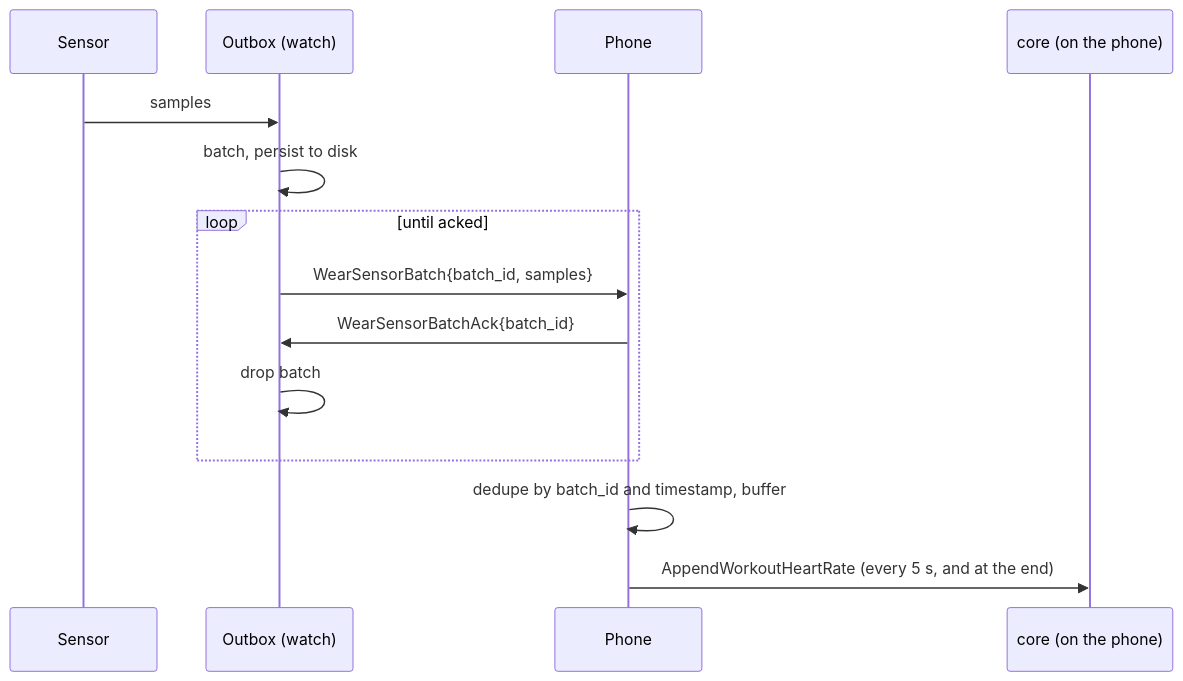
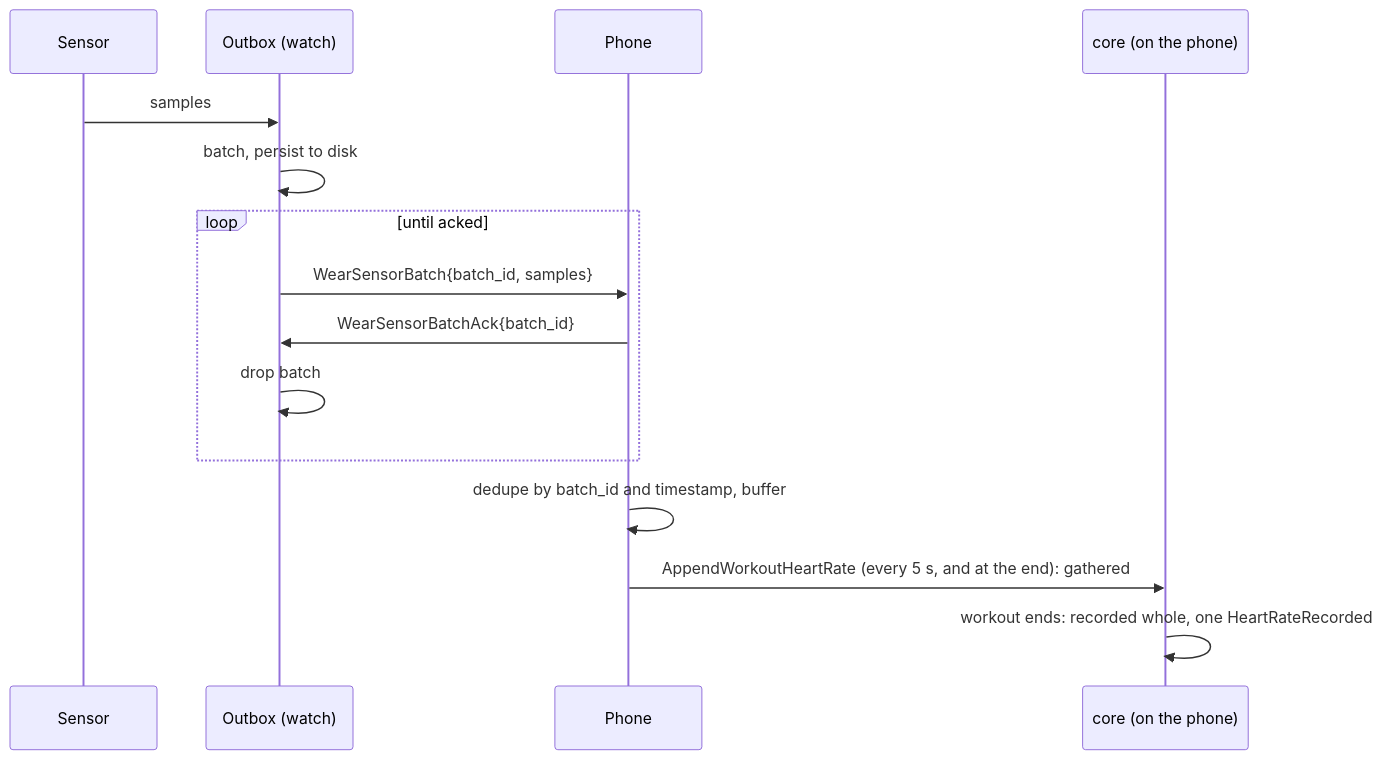
Before and after one commit to brensch/lift: the fourth of 4 diagrams in docs/architecture/wearable.md, drawn with Mermaid. The commit also changed other lines of this file and 60 other files, not shown here.

````diff
--- a/docs/architecture/wearable.md
+++ b/docs/architecture/wearable.md
@@ -157,17 +157,18 @@
 ```mermaid
 sequenceDiagram
     participant HR as Sensor
     participant O as Outbox (watch)
     participant P as Phone
     participant K as core (on the phone)
 
     HR->>O: samples
     O->>O: batch, persist to disk
     loop until acked
         O->>P: WearSensorBatch{batch_id, samples}
         P->>O: WearSensorBatchAck{batch_id}
         O->>O: drop batch
     end
     P->>P: dedupe by batch_id and timestamp, buffer
-    P->>K: AppendWorkoutHeartRate (every 5 s, and at the end)
+    P->>K: AppendWorkoutHeartRate (every 5 s, and at the end): gathered
+    K->>K: workout ends: recorded whole, one HeartRateRecorded
 ```
````
